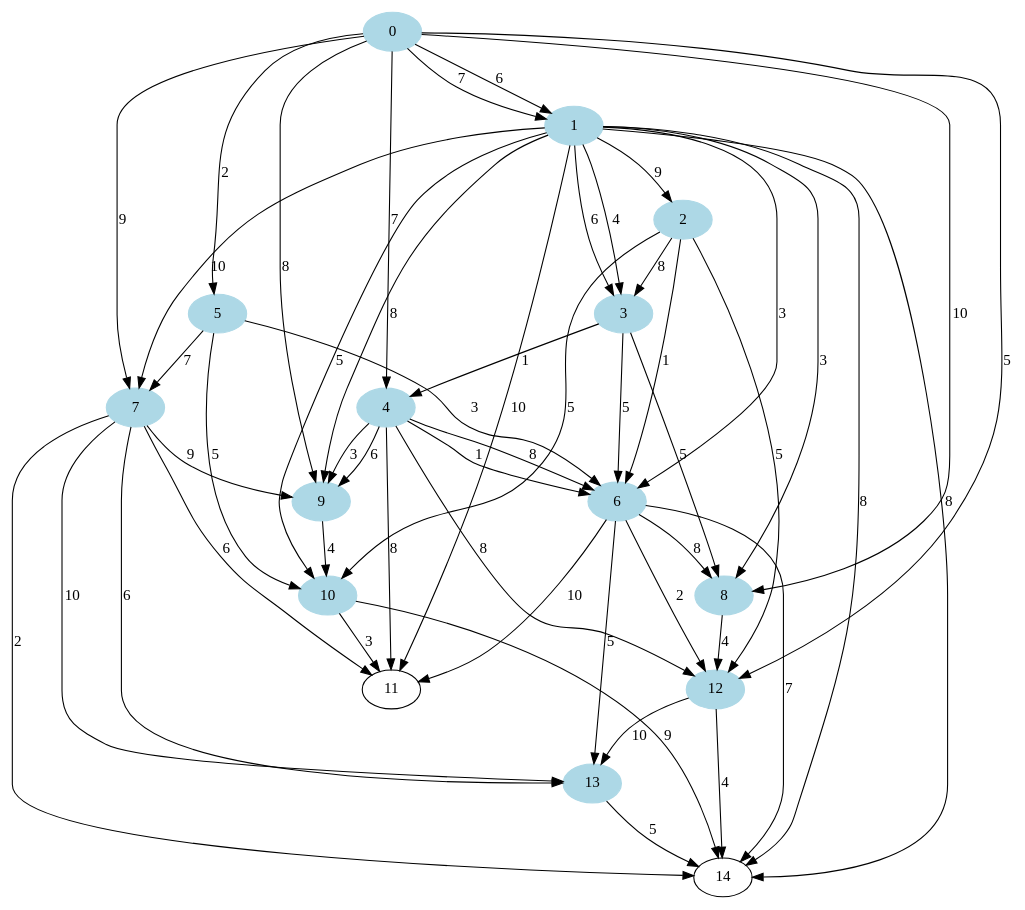
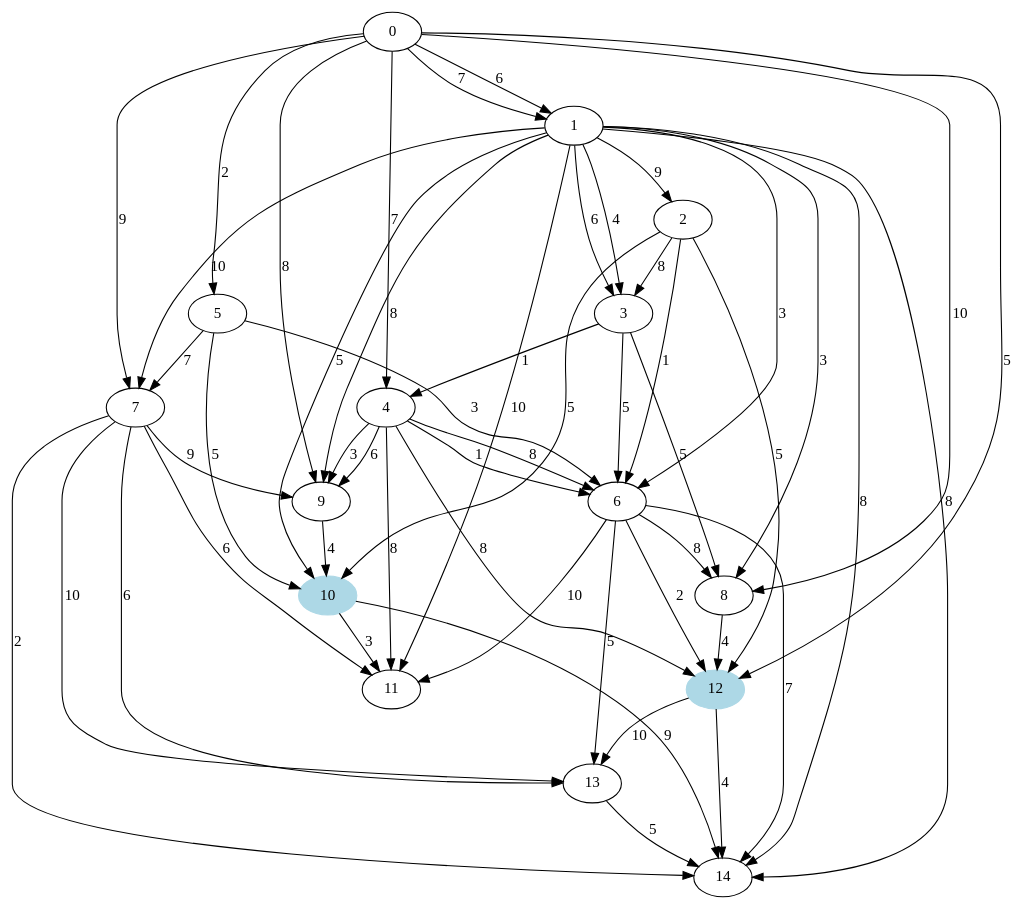
Before and after one commit to xiyuan-qin/cppCode: the diagram in data_structure_course_design/Ex4/graph_15_test_1.dot, drawn with Graphviz. The commit also changed 5 other files, not shown here.

```diff
--- a/data_structure_course_design/Ex4/graph_15_test_1.dot
+++ b/data_structure_course_design/Ex4/graph_15_test_1.dot
@@ -1,69 +1,69 @@
 digraph AmplifierPlacement {
-  0 [style=filled, color=lightblue, label="0"];
-  1 [style=filled, color=lightblue, label="1"];
-  2 [style=filled, color=lightblue, label="2"];
-  3 [style=filled, color=lightblue, label="3"];
-  4 [style=filled, color=lightblue, label="4"];
-  5 [style=filled, color=lightblue, label="5"];
-  6 [style=filled, color=lightblue, label="6"];
-  7 [style=filled, color=lightblue, label="7"];
-  8 [style=filled, color=lightblue, label="8"];
-  9 [style=filled, color=lightblue, label="9"];
+  0 [label="0"];
+  1 [label="1"];
+  2 [label="2"];
+  3 [label="3"];
+  4 [label="4"];
+  5 [label="5"];
+  6 [label="6"];
+  7 [label="7"];
+  8 [label="8"];
+  9 [label="9"];
   10 [style=filled, color=lightblue, label="10"];
   11 [label="11"];
   12 [style=filled, color=lightblue, label="12"];
-  13 [style=filled, color=lightblue, label="13"];
+  13 [label="13"];
   14 [label="14"];
   0 -> 1 [label="6"];
   0 -> 5 [label="2"];
   0 -> 1 [label="7"];
   0 -> 4 [label="7"];
   0 -> 7 [label="9"];
   0 -> 8 [label="10"];
   0 -> 9 [label="8"];
   0 -> 12 [label="5"];
   1 -> 2 [label="9"];
   1 -> 3 [label="6"];
   1 -> 8 [label="3"];
   1 -> 14 [label="8"];
   1 -> 3 [label="4"];
   1 -> 6 [label="3"];
   1 -> 7 [label="10"];
   1 -> 9 [label="8"];
   1 -> 10 [label="5"];
   1 -> 11 [label="10"];
   1 -> 14 [label="8"];
   2 -> 10 [label="5"];
   2 -> 3 [label="8"];
   2 -> 6 [label="1"];
   2 -> 12 [label="5"];
   3 -> 4 [label="1"];
   3 -> 6 [label="5"];
   3 -> 8 [label="5"];
   4 -> 6 [label="8"];
   4 -> 9 [label="6"];
   4 -> 12 [label="8"];
   4 -> 6 [label="1"];
   4 -> 9 [label="3"];
   4 -> 11 [label="8"];
   5 -> 7 [label="7"];
   5 -> 6 [label="3"];
   5 -> 10 [label="5"];
   6 -> 8 [label="8"];
   6 -> 11 [label="10"];
   6 -> 12 [label="2"];
   6 -> 13 [label="5"];
   6 -> 14 [label="7"];
   7 -> 13 [label="10"];
   7 -> 9 [label="9"];
   7 -> 11 [label="6"];
   7 -> 13 [label="6"];
   7 -> 14 [label="2"];
   8 -> 12 [label="4"];
   9 -> 10 [label="4"];
   10 -> 11 [label="3"];
   10 -> 14 [label="9"];
   12 -> 13 [label="10"];
   12 -> 14 [label="4"];
   13 -> 14 [label="5"];
 }
```
